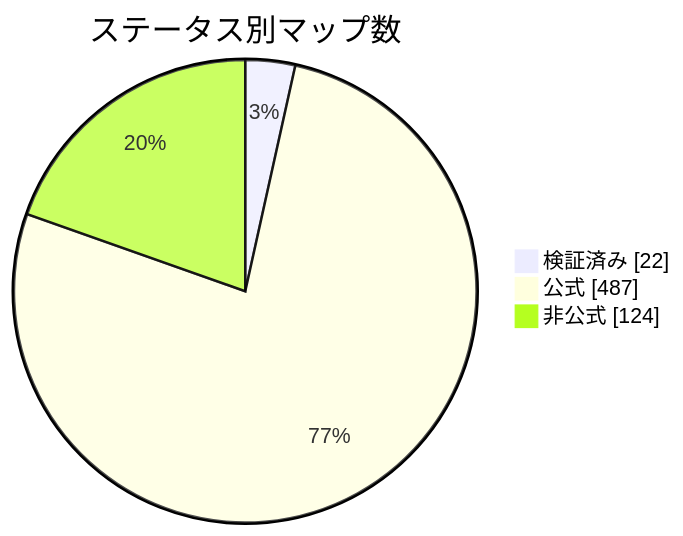
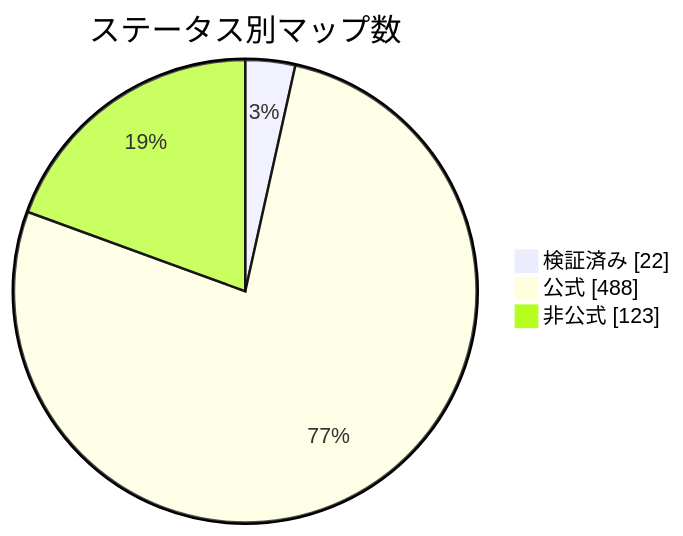
The diagram in docs/readme/README_JP.md (nobrega8/mbmap-library), drawn with Mermaid before and after one commit. The commit also changed 6 other files, not shown here.

````diff
--- a/docs/readme/README_JP.md
+++ b/docs/readme/README_JP.md
@@ -54,7 +54,7 @@
 ```mermaid
 pie showData
     title ステータス別マップ数
     "検証済み" : 22
-    "公式" : 487
-    "非公式" : 124
+    "公式" : 488
+    "非公式" : 123
 ```
````
